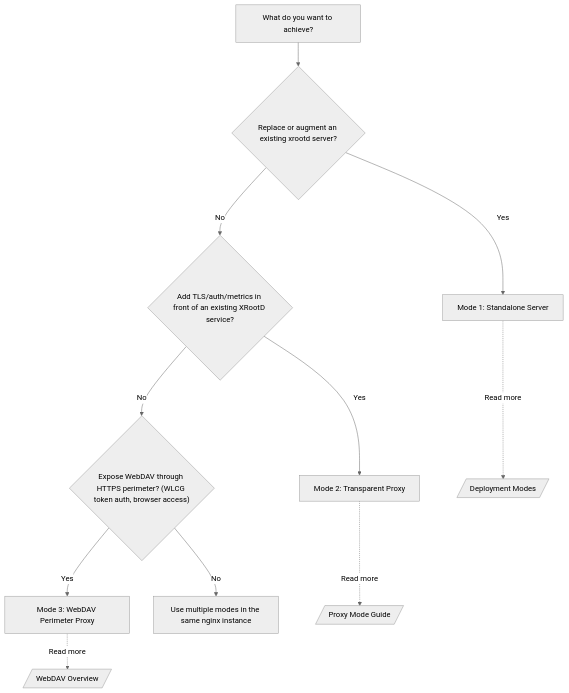
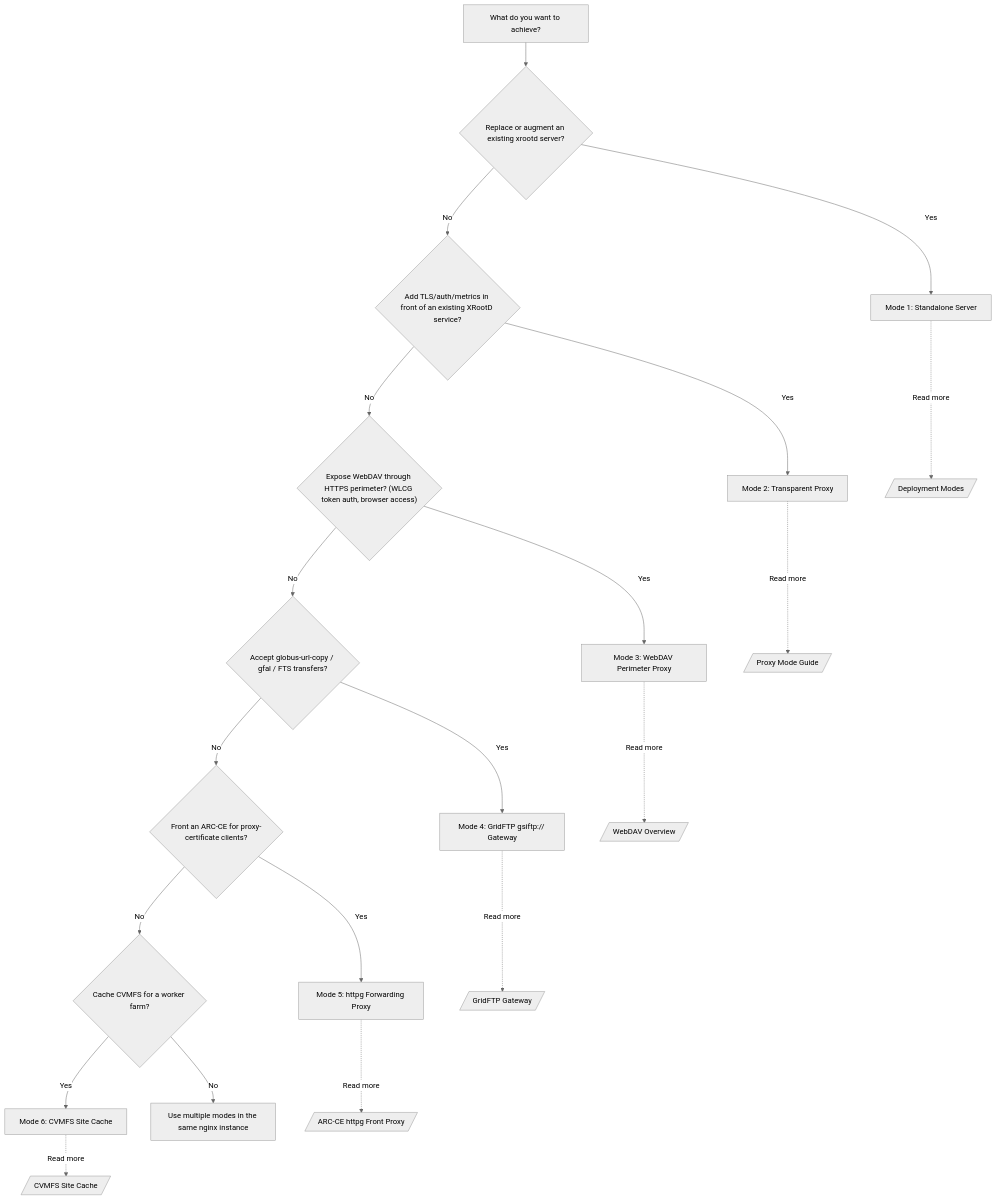
Before and after one commit to rob-c/brix-cache: the sixth of 7 diagrams in README.md, drawn with Mermaid (neutral theme). The commit also changed other lines of this file and 53 other files, not shown here.

````diff
--- a/README.md
+++ b/README.md
@@ -235,14 +274,23 @@
 ```mermaid
 graph TD
     A["What do you want to achieve?"] --> B{"Replace or augment an existing xrootd server?"}
     B -->|Yes| C["Mode 1: Standalone Server"]
     B -->|No| D{"Add TLS/auth/metrics in front of an existing XRootD service?"}
     D -->|Yes| E["Mode 2: Transparent Proxy"]
     D -->|No| F{"Expose WebDAV through HTTPS perimeter? (WLCG token auth, browser access)"}
     F -->|Yes| G["Mode 3: WebDAV Perimeter Proxy"]
-    F -->|No| H["Use multiple modes in the same nginx instance"]
+    F -->|No| I{"Accept globus-url-copy / gfal / FTS transfers?"}
+    I -->|Yes| J["Mode 4: GridFTP gsiftp:// Gateway"]
+    I -->|No| K{"Front an ARC-CE for proxy-certificate clients?"}
+    K -->|Yes| L["Mode 5: httpg Forwarding Proxy"]
+    K -->|No| M{"Cache CVMFS for a worker farm?"}
+    M -->|Yes| N["Mode 6: CVMFS Site Cache"]
+    M -->|No| H["Use multiple modes in the same nginx instance"]
 
     C -.->|Read more| DM1[/"Deployment Modes"/]
     E -.->|Read more| PMG[/"Proxy Mode Guide"/]
     G -.->|Read more| WDO[/"WebDAV Overview"/]
+    J -.->|Read more| GFT[/"GridFTP Gateway"/]
+    L -.->|Read more| ARC[/"ARC-CE httpg Front Proxy"/]
+    N -.->|Read more| CVM[/"CVMFS Site Cache"/]
 ```
````
